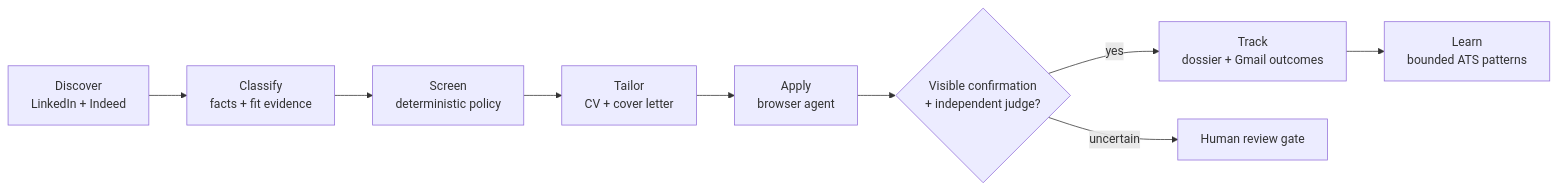
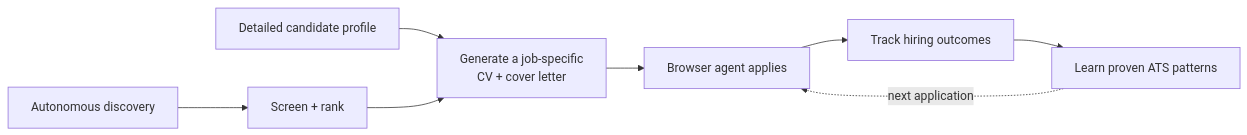
One commit to lodelux/hunter-public changed the diagram in README.md. Above: the diagram before and after it, drawn with Mermaid. The commit also changed other lines of this file, not shown here.

````diff
--- a/README.md
+++ b/README.md
@@ -32,11 +37,8 @@
 ```mermaid
 flowchart LR
-    A[Discover<br/>LinkedIn + Indeed] --> B[Classify<br/>facts + fit evidence]
-    B --> C[Screen<br/>deterministic policy]
-    C --> D[Tailor<br/>CV + cover letter]
-    D --> E[Apply<br/>browser agent]
-    E --> F{Visible confirmation<br/>+ independent judge?}
-    F -->|yes| G[Track<br/>dossier + Gmail outcomes]
-    F -->|uncertain| H[Human review gate]
-    G --> I[Learn<br/>bounded ATS patterns]
+    P[Detailed candidate profile] --> C[Generate a job-specific<br/>CV + cover letter]
+    A[Autonomous discovery] --> B[Screen + rank] --> C
+    C --> D[Browser agent applies] --> E[Track hiring outcomes]
+    E --> F[Learn proven ATS patterns]
+    F -. next application .-> D
 ```
````
